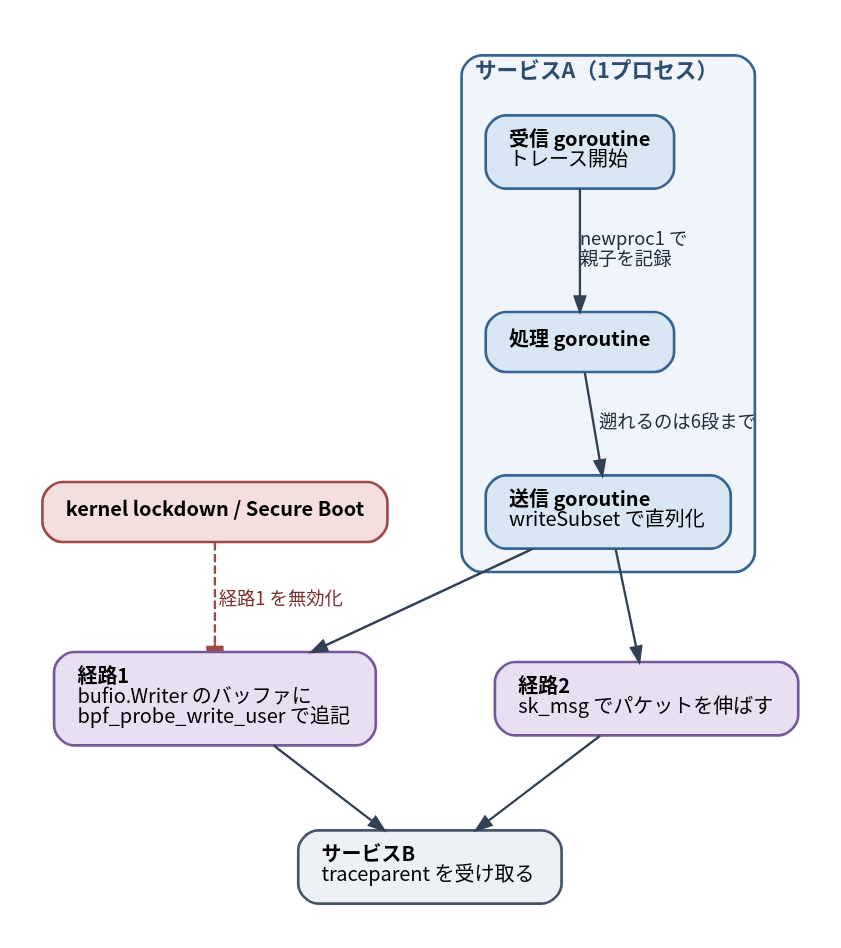
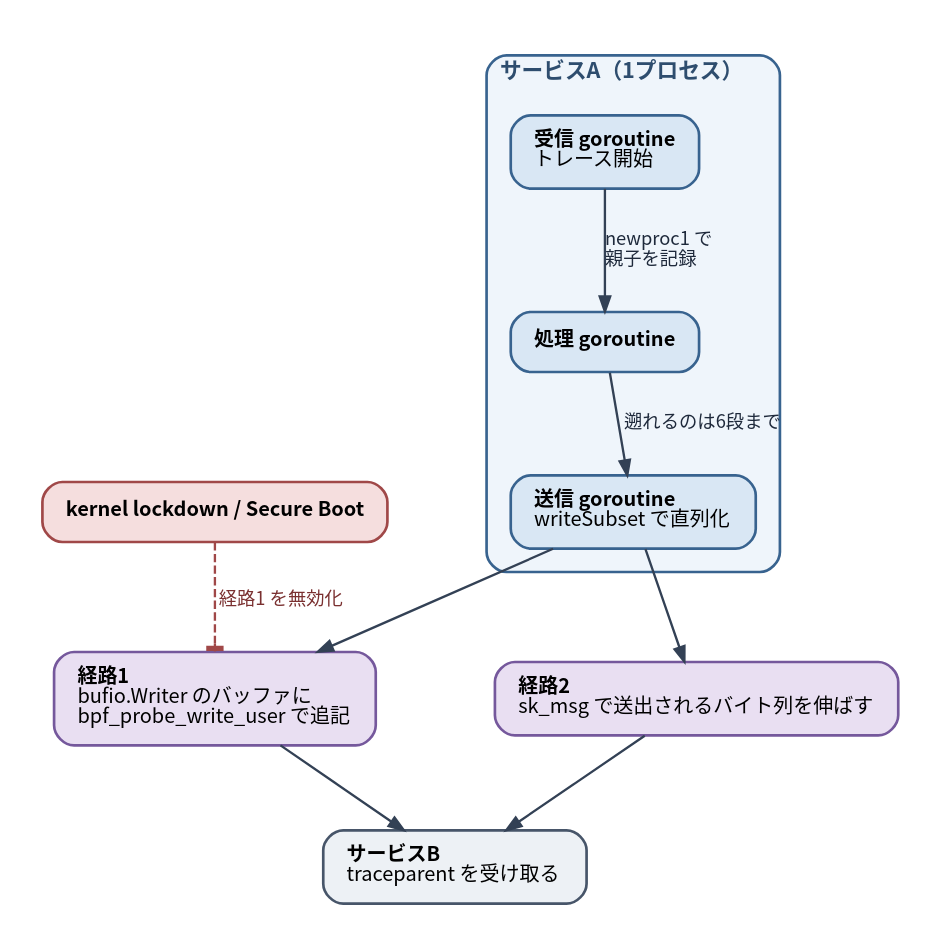
Before and after one commit to ymotongpoo/zenn.dev: the diagram in diagrams/go-ebpf-primer/20260820-context-propagation.dot, drawn with Graphviz. The commit also changed 74 other files, not shown here.

```diff
--- a/diagrams/go-ebpf-primer/20260820-context-propagation.dot
+++ b/diagrams/go-ebpf-primer/20260820-context-propagation.dot
@@ -1,50 +1,50 @@
-// 図5: goroutine の親子追跡（プロセス内）と traceparent 注入（プロセス間）
-digraph fig5 {
+// goroutine の親子追跡（プロセス内）と traceparent 注入（プロセス間）
+digraph context_propagation {
   graph [
     fontname="Harano Aji Gothic,Noto Sans CJK JP,IPAGothic", fontsize=13,
     rankdir=TB, compound=true, splines=true,
     nodesep=0.5, ranksep=0.7, pad=0.25,
     bgcolor="white", newrank=true
   ];
   node [
     fontname="Harano Aji Gothic,Noto Sans CJK JP,IPAGothic", fontsize=12,
     shape=box, style="rounded,filled",
     fillcolor="#F1F5F9", color="#475569", penwidth=1.6,
     margin="0.2,0.14"
   ];
   edge [
     fontname="Harano Aji Gothic,Noto Sans CJK JP,IPAGothic", fontsize=11,
     color="#334155", penwidth=1.4, arrowsize=0.9,
     fontcolor="#1E293B"
   ];
 
   subgraph cluster_svca {
     label=<<b>サービスA（1プロセス）</b>>;
     style="rounded"; labeljust="l"; penwidth=1.6; margin=14;
     color="#38638F"; fontcolor="#2E4D6E"; bgcolor="#EFF5FB";
 
     g1 [label=<<b>受信 goroutine</b><br align="left"/>トレース開始<br align="left"/>>, fillcolor="#D9E7F4", color="#38638F"];
     g2 [label=<<b>処理 goroutine</b>>, fillcolor="#D9E7F4", color="#38638F"];
     g3 [label=<<b>送信 goroutine</b><br align="left"/>writeSubset で直列化<br align="left"/>>, fillcolor="#D9E7F4", color="#38638F"];
 
     g1 -> g2 [label=" newproc1 で\l 親子を記録\l"];
     g2 -> g3 [label=" 遡れるのは6段まで"];
   }
 
   p1 [label=<<b>経路1</b><br align="left"/>bufio.Writer のバッファに<br align="left"/>bpf_probe_write_user で追記<br align="left"/>>,
       fillcolor="#E9DFF2", color="#75589C"];
-  p2 [label=<<b>経路2</b><br align="left"/>sk_msg でパケットを伸ばす<br align="left"/>>,
+  p2 [label=<<b>経路2</b><br align="left"/>sk_msg で送出されるバイト列を伸ばす<br align="left"/>>,
       fillcolor="#E9DFF2", color="#75589C"];
 
   svcb [label=<<b>サービスB</b><br align="left"/>traceparent を受け取る<br align="left"/>>, fillcolor="#EDF1F5"];
 
   lock [label=<<b>kernel lockdown / Secure Boot</b>>, fillcolor="#F5DEDE", color="#A04848"];
 
   g3 -> p1;
   g3 -> p2;
   p1 -> svcb;
   p2 -> svcb;
   lock -> p1 [label=" 経路1 を無効化", style=dashed, color="#A04848", fontcolor="#7A3030", arrowhead=tee];
 
   { rank=same; p1 -> p2 [style=invis]; }
 }
```
